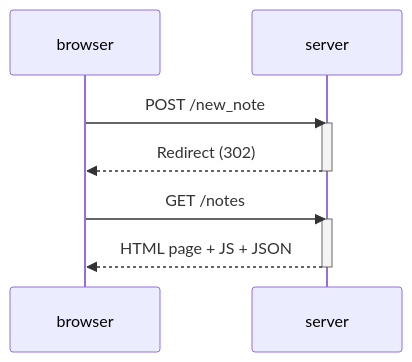
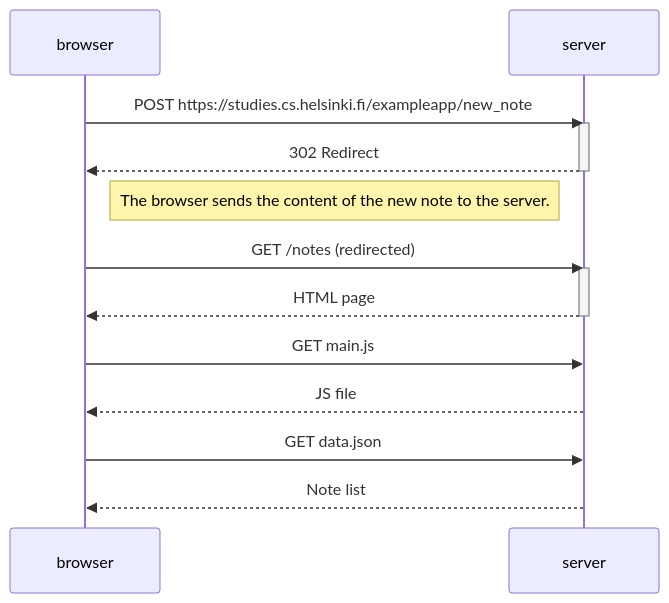
One commit to mabaan/Company-Website changed the diagram in Desktop/fullstackopen/part0/0.4-new-note.md. Above: the diagram before and after it, drawn with Mermaid.

Commit message:
Update part0.4 diagram

````diff
--- a/Desktop/fullstackopen/part0/0.4-new-note.md
+++ b/Desktop/fullstackopen/part0/0.4-new-note.md
@@ -1,15 +1,23 @@
 ```mermaid
 sequenceDiagram
     participant browser
     participant server
 
-    browser->>server: POST /new_note
+    browser->>server: POST https://studies.cs.helsinki.fi/exampleapp/new_note
     activate server
-    server-->>browser: Redirect (302)
+    server-->>browser: 302 Redirect
     deactivate server
 
-    browser->>server: GET /notes
+    Note right of browser: The browser sends the content of the new note to the server.
+
+    browser->>server: GET /notes (redirected)
     activate server
-    server-->>browser: HTML page + JS + JSON
+    server-->>browser: HTML page
     deactivate server
+
+    browser->>server: GET main.js
+    server-->>browser: JS file
+
+    browser->>server: GET data.json
+    server-->>browser: Note list
 ```
````
